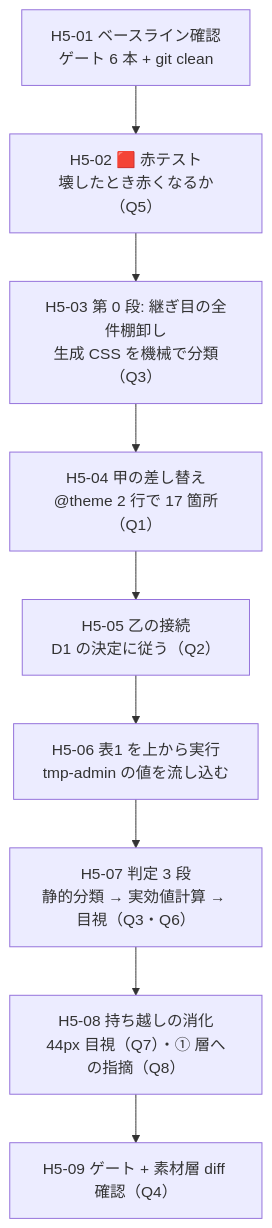
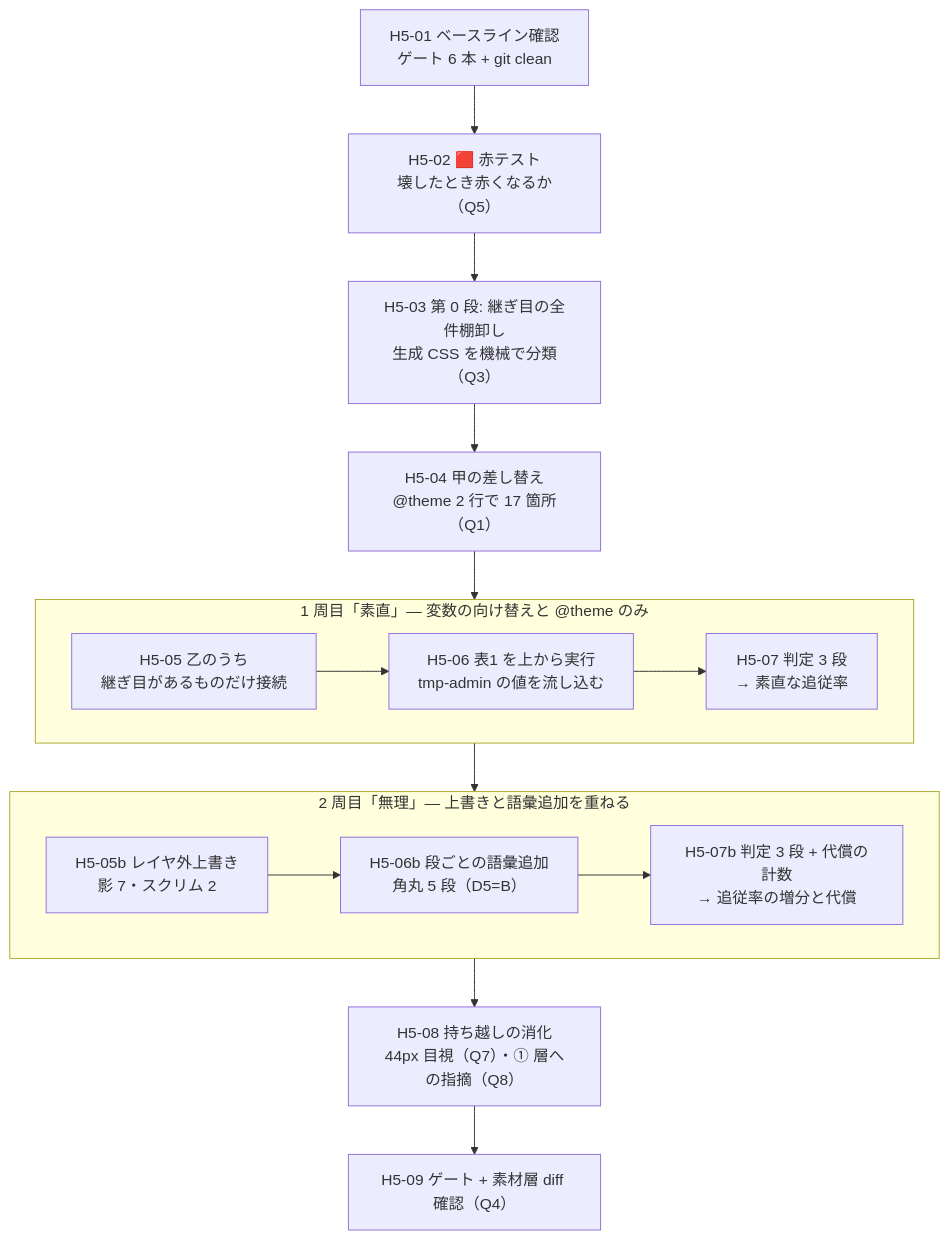
The diagram in docs/手順/手5_トークン差し替え実験.md (yatami0/design), drawn with Mermaid before and after one commit. The commit also changed other lines of this file and 3 other files, not shown here.

````diff
--- a/docs/手順/手5_トークン差し替え実験.md
+++ b/docs/手順/手5_トークン差し替え実験.md
@@ -116,11 +133,23 @@
 ```mermaid
 flowchart TD
   A["H5-01 ベースライン確認<br/>ゲート 6 本 + git clean"] --> B["H5-02 🟥 赤テスト<br/>壊したとき赤くなるか（Q5）"]
   B --> C["H5-03 第 0 段: 継ぎ目の全件棚卸し<br/>生成 CSS を機械で分類（Q3）"]
   C --> D["H5-04 甲の差し替え<br/>@theme 2 行で 17 箇所（Q1）"]
-  D --> E["H5-05 乙の接続<br/>D1 の決定に従う（Q2）"]
-  E --> F["H5-06 表1 を上から実行<br/>tmp-admin の値を流し込む"]
-  F --> G["H5-07 判定 3 段<br/>静的分類 → 実効値計算 → 目視（Q3・Q6）"]
-  G --> H["H5-08 持ち越しの消化<br/>44px 目視（Q7）・① 層への指摘（Q8）"]
+
+  D --> R1
+
+  subgraph R1["1 周目「素直」— 変数の向け替えと @theme のみ"]
+    E1["H5-05 乙のうち<br/>継ぎ目があるものだけ接続"] --> F1["H5-06 表1 を上から実行<br/>tmp-admin の値を流し込む"]
+    F1 --> G1["H5-07 判定 3 段<br/>→ 素直な追従率"]
+  end
+
+  R1 --> R2
+
+  subgraph R2["2 周目「無理」— 上書きと語彙追加を重ねる"]
+    E2["H5-05b レイヤ外上書き<br/>影 7・スクリム 2"] --> F2["H5-06b 段ごとの語彙追加<br/>角丸 5 段（D5=B）"]
+    F2 --> G2["H5-07b 判定 3 段 + 代償の計数<br/>→ 追従率の増分と代償"]
+  end
+
+  R2 --> H["H5-08 持ち越しの消化<br/>44px 目視（Q7）・① 層への指摘（Q8）"]
   H --> I["H5-09 ゲート + 素材層 diff 確認（Q4）"]
 ```
````
